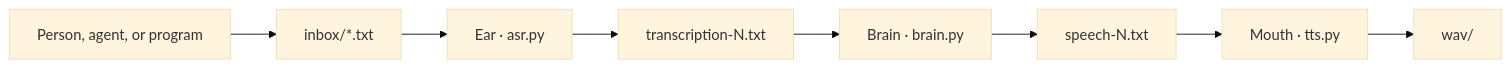
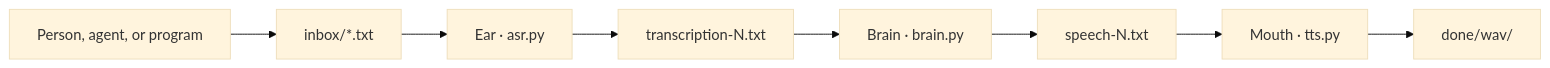
One commit to wgabrys88/Trident changed the first of 3 diagrams in README.md. Above: the diagram before and after it, drawn with Mermaid (base theme). The commit also changed other lines of this file and 4 other files, not shown here.

First line of the commit message:
rename a consumed file into done, and move the wav with it

````diff
--- a/README.md
+++ b/README.md
@@ -5,12 +5,12 @@
 ```mermaid
 flowchart LR
   speaker["Person, agent, or program"]
   inbox["inbox/*.txt"]
   ear["Ear · asr.py"]
   heard["transcription-N.txt"]
   brain["Brain · brain.py"]
   speech["speech-N.txt"]
   mouth["Mouth · tts.py"]
-  wav["wav/"]
+  wav["done/wav/"]
   speaker --> inbox --> ear --> heard --> brain --> speech --> mouth --> wav
 ```
````
